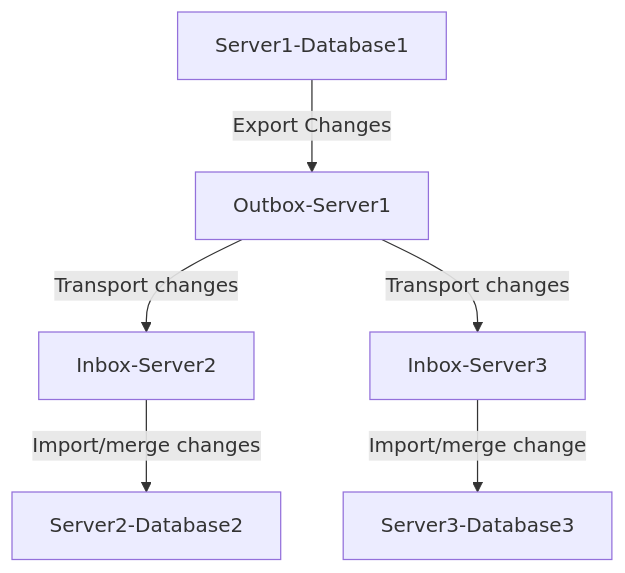
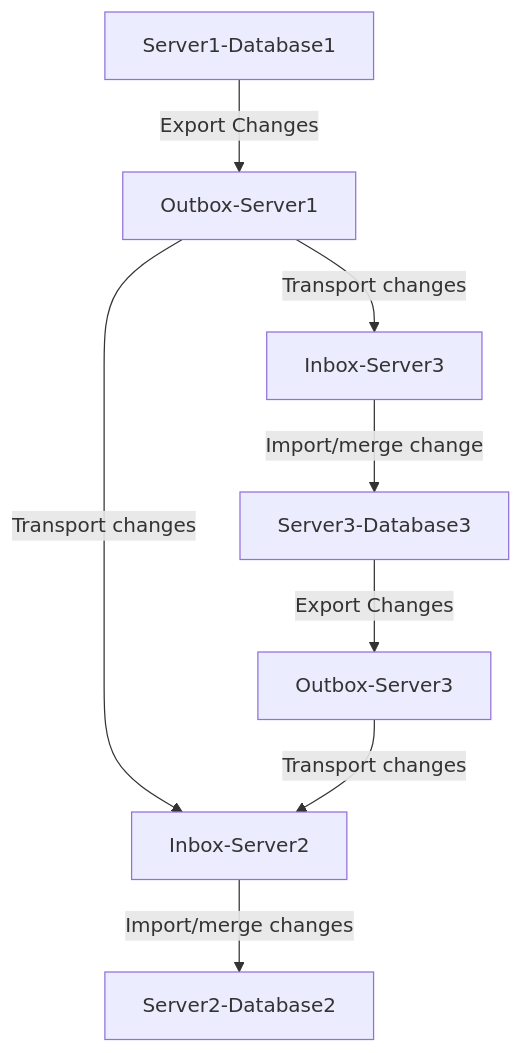
The diagram in README.md (milan888-design/synchronize-data), drawn with Mermaid before and after one commit.

````diff
--- a/README.md
+++ b/README.md
@@ -11,8 +11,10 @@
 ```mermaid  
 flowchart TD  
     A[Server1-Database1] -->|Export Changes| B[Outbox-Server1]  
     B[Outbox-Server1] -->|Transport changes| C[Inbox-Server2]  
     B[Outbox-Server1] -->|Transport changes| D[Inbox-Server3]  
     C[Inbox-Server2]   -->|Import/merge changes| E[Server2-Database2] 
     D[Inbox-Server3]   -->|Import/merge change| F[Server3-Database3]   
+    F[Server3-Database3] -->|Export Changes| G[Outbox-Server3]  
+    G[Outbox-Server3] -->|Transport changes| C[Inbox-Server2]  
 ```  
````
